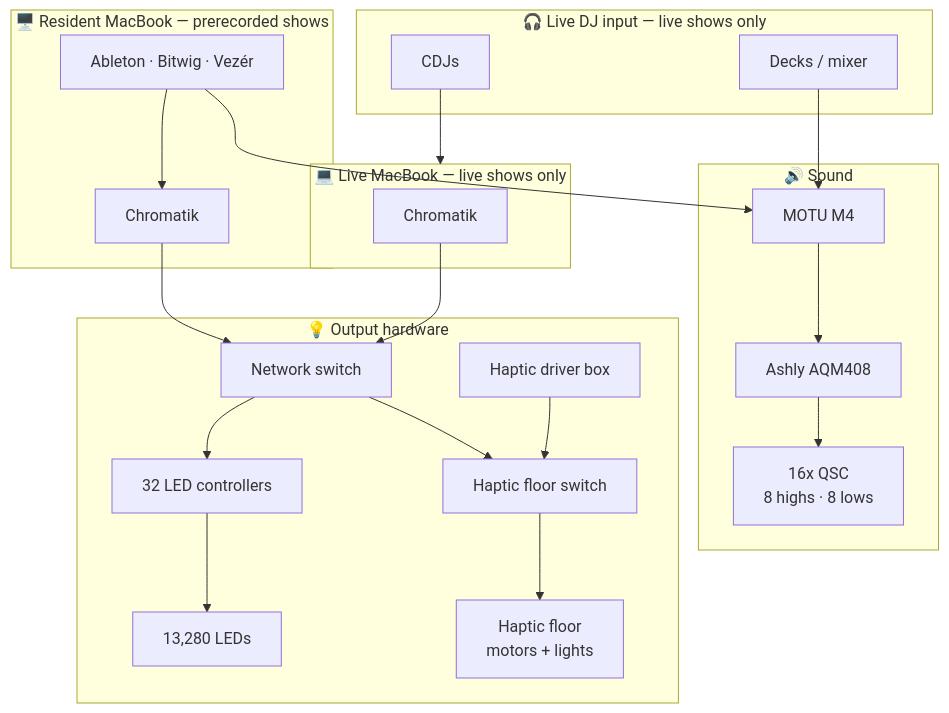
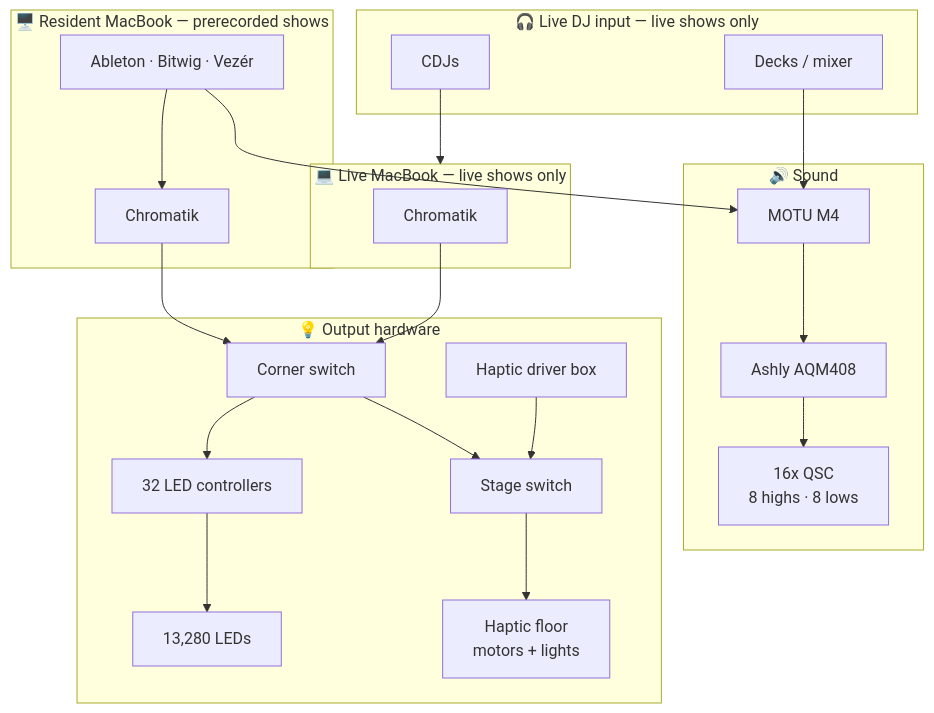
One commit to Apotheneum/Apotheneum changed the diagram in docs/infrastructure/README.md. Above: the diagram before and after it, drawn with Mermaid. The commit also changed other lines of this file and 8 other files, not shown here.

````diff
--- a/docs/infrastructure/README.md
+++ b/docs/infrastructure/README.md
@@ -5,42 +6,42 @@
 ```mermaid
 flowchart TB
     subgraph DJ["🎧 Live DJ input — live shows only"]
         DECKS["Decks / mixer"]
         CDJ["CDJs"]
     end
 
     subgraph LIVEMAC["💻 Live MacBook — live shows only"]
         LCHR["Chromatik"]
     end
 
     subgraph RESIDENT["🖥️ Resident MacBook — prerecorded shows"]
         APPS["Ableton · Bitwig · Vezér"]
         CHR["Chromatik"]
         APPS --> CHR
     end
 
     subgraph SOUND["🔊 Sound"]
         MOTU["MOTU M4"]
         AQM["Ashly AQM408"]
         SPK["16x QSC<br>8 highs · 8 lows"]
         MOTU --> AQM --> SPK
     end
 
     subgraph OUTPUT["💡 Output hardware"]
-        SW["Network switch"]
+        SW["Corner switch"]
         CTRL["32 LED controllers"]
         LEDS["13,280 LEDs"]
         HBOX["Haptic driver box"]
-        HSW["Haptic floor switch"]
+        HSW["Stage switch"]
         FLOOR["Haptic floor<br>motors + lights"]
         SW --> CTRL --> LEDS
         SW --> HSW --> FLOOR
         HBOX --> HSW
     end
 
     DECKS --> MOTU
     CDJ --> LIVEMAC
     APPS --> MOTU
     CHR --> SW
     LCHR --> SW
 ```
````
